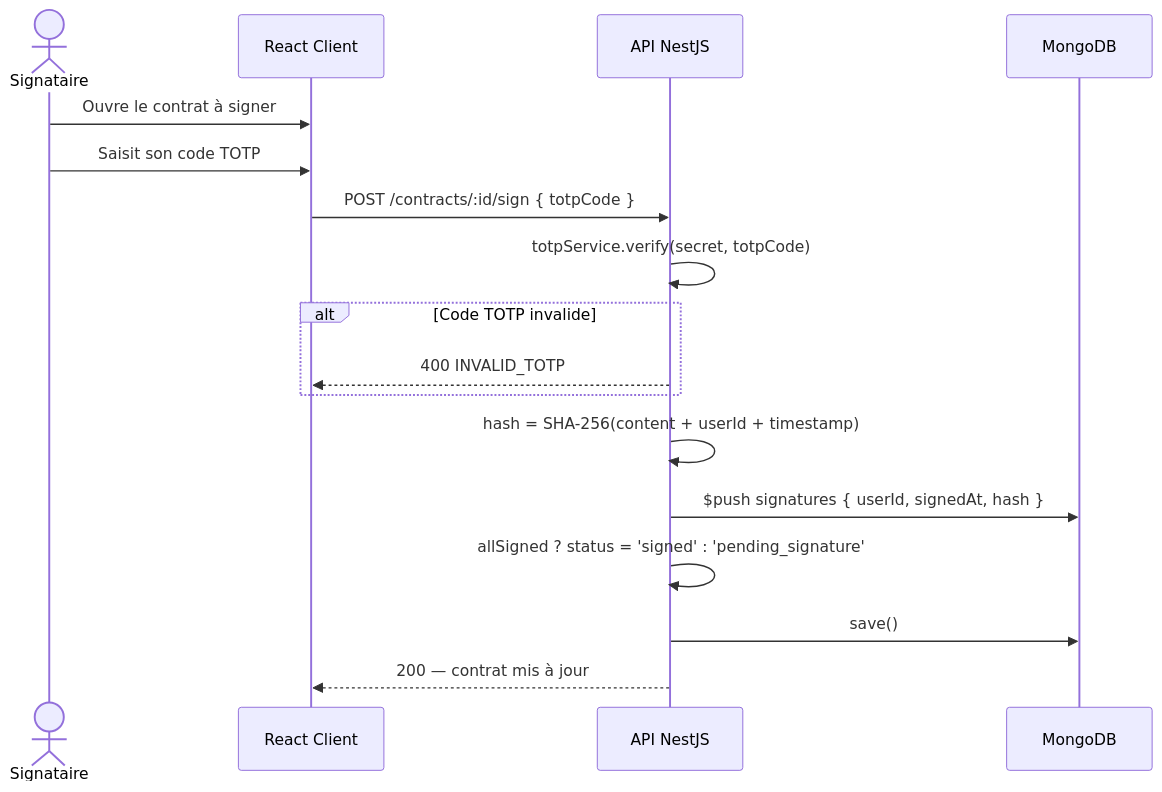
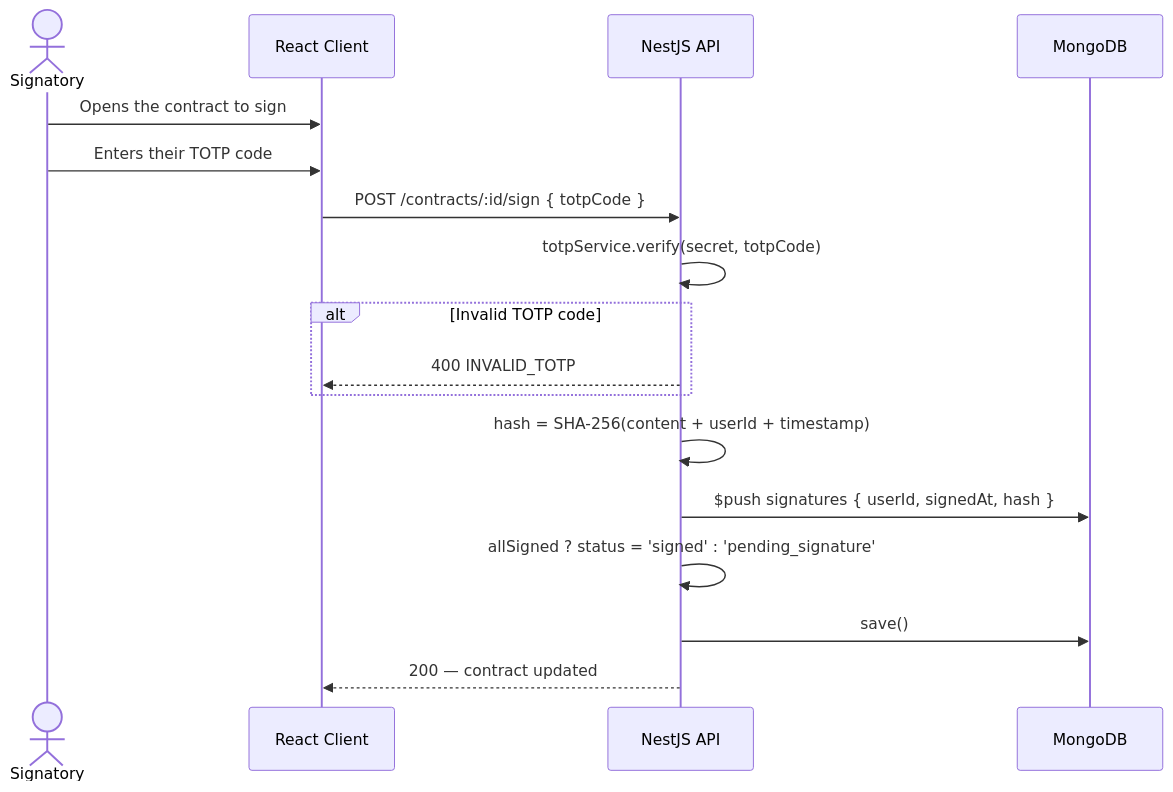
The third of 20 diagrams in docs/RAPPORT-ETAPE3.md (creibaud/QuartierConnect), drawn with Mermaid before and after one commit. The commit also changed other lines of this file and 155 other files, not shown here.

````diff
--- a/docs/RAPPORT-ETAPE3.md
+++ b/docs/RAPPORT-ETAPE3.md
@@ -154,22 +154,22 @@
 ```mermaid
 sequenceDiagram
-    actor S as Signataire
+    actor S as Signatory
     participant C as React Client
-    participant A as API NestJS
+    participant A as NestJS API
     participant M as MongoDB
 
-    S->>C: Ouvre le contrat à signer
-    S->>C: Saisit son code TOTP
+    S->>C: Opens the contract to sign
+    S->>C: Enters their TOTP code
     C->>A: POST /contracts/:id/sign { totpCode }
 
     A->>A: totpService.verify(secret, totpCode)
-    alt Code TOTP invalide
+    alt Invalid TOTP code
         A-->>C: 400 INVALID_TOTP
     end
 
     A->>A: hash = SHA-256(content + userId + timestamp)
     A->>M: $push signatures { userId, signedAt, hash }
     A->>A: allSigned ? status = 'signed' : 'pending_signature'
     A->>M: save()
-    A-->>C: 200 — contrat mis à jour
+    A-->>C: 200 — contract updated
 ```
````
